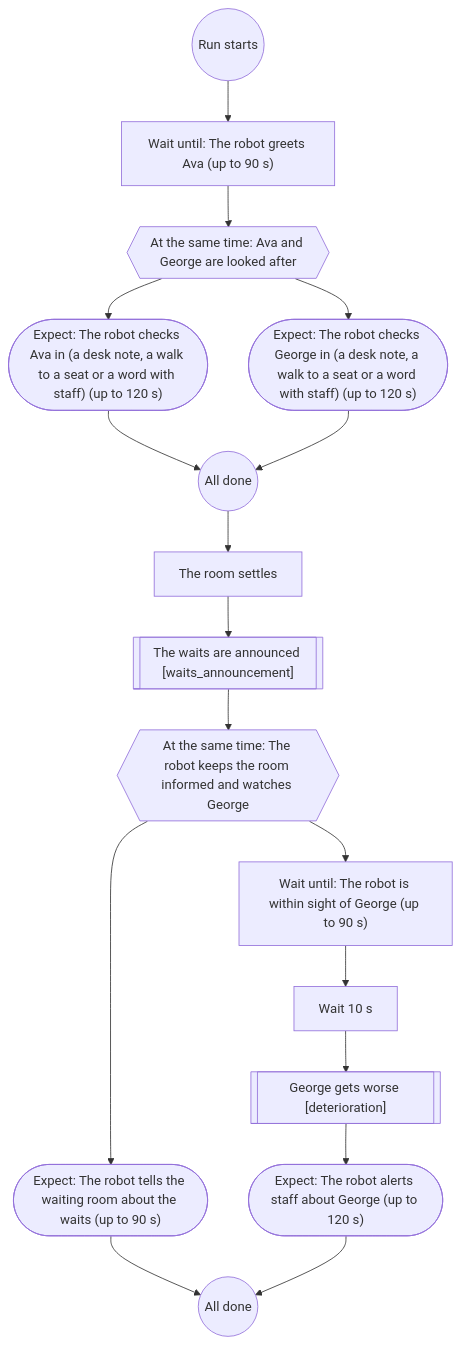
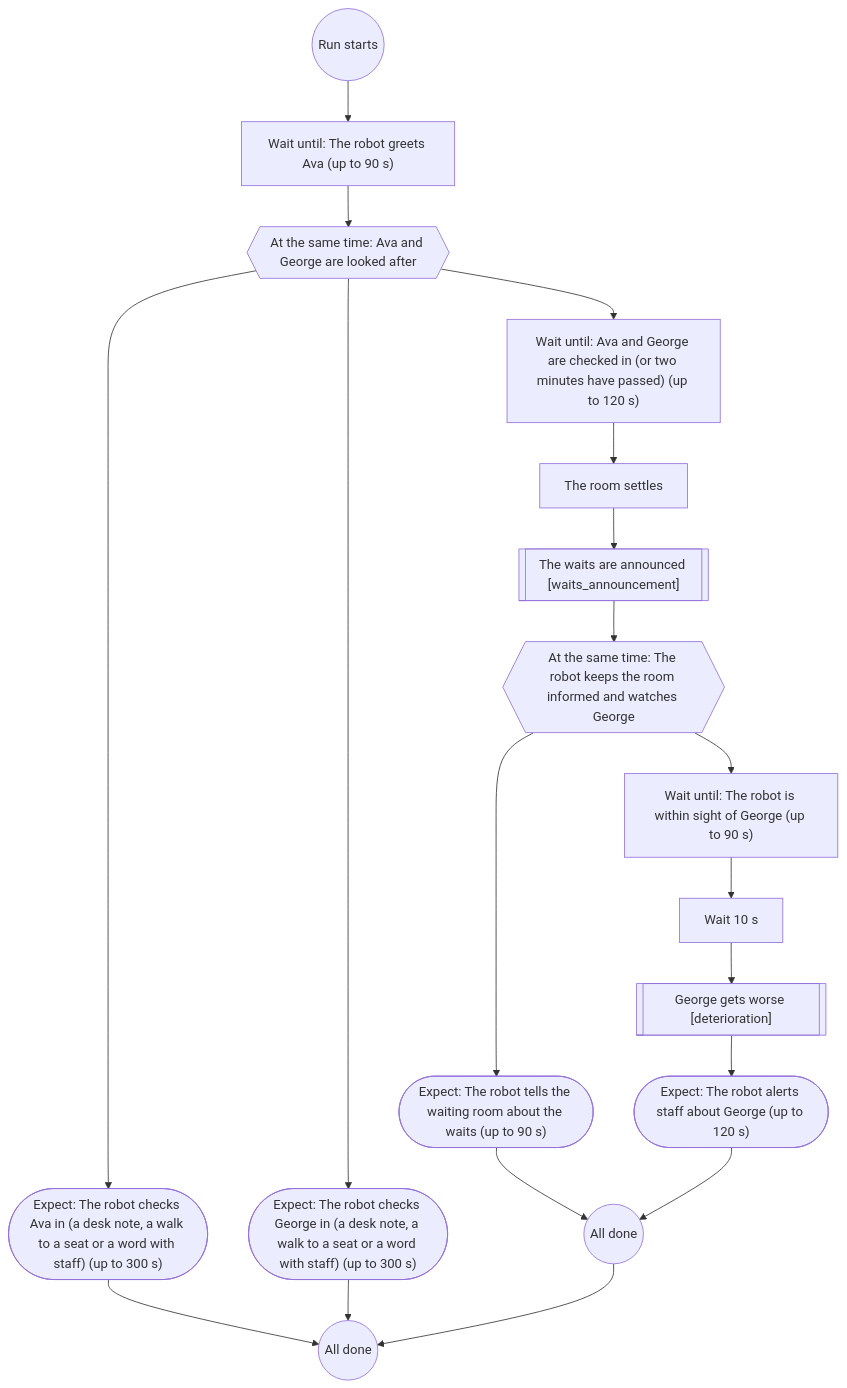
One commit to Bkrakshith/hospital-sim-agents changed the first of 9 diagrams in docs/scenario-flows.md. Above: the diagram before and after it, drawn with Mermaid. The commit also changed other lines of this file and 3 other files, not shown here.

First line of the commit message:
A desk note counts from when the robot left it; a late-read check-in does not hold the A&E room back

````diff
--- a/docs/scenario-flows.md
+++ b/docs/scenario-flows.md
@@ -13,34 +13,37 @@
 ```mermaid
 flowchart TD
   n1(("Run starts"))
   n2["Wait until: The robot greets Ava (up to 90 s)"]
   n1 --> n2
   n3{{"At the same time: Ava and George are looked after"}}
   n2 --> n3
-  n4(["Expect: The robot checks Ava in (a desk note, a walk to a seat or a word with staff) (up to 120 s)"])
+  n4(["Expect: The robot checks Ava in (a desk note, a walk to a seat or a word with staff) (up to 300 s)"])
   n3 --> n4
-  n5(["Expect: The robot checks George in (a desk note, a walk to a seat or a word with staff) (up to 120 s)"])
+  n5(["Expect: The robot checks George in (a desk note, a walk to a seat or a word with staff) (up to 300 s)"])
   n3 --> n5
-  n6(("All done"))
-  n4 --> n6
-  n5 --> n6
+  n6["Wait until: Ava and George are checked in (or two minutes have passed) (up to 120 s)"]
+  n3 --> n6
   n7["The room settles"]
   n6 --> n7
   n8[["The waits are announced [waits_announcement]"]]
   n7 --> n8
   n9{{"At the same time: The robot keeps the room informed and watches George"}}
   n8 --> n9
   n10(["Expect: The robot tells the waiting room about the waits (up to 90 s)"])
   n9 --> n10
   n11["Wait until: The robot is within sight of George (up to 90 s)"]
   n9 --> n11
   n12["Wait 10 s"]
   n11 --> n12
   n13[["George gets worse [deterioration]"]]
   n12 --> n13
   n14(["Expect: The robot alerts staff about George (up to 120 s)"])
   n13 --> n14
   n15(("All done"))
   n10 --> n15
   n14 --> n15
+  n16(("All done"))
+  n4 --> n16
+  n5 --> n16
+  n15 --> n16
 ```
````
